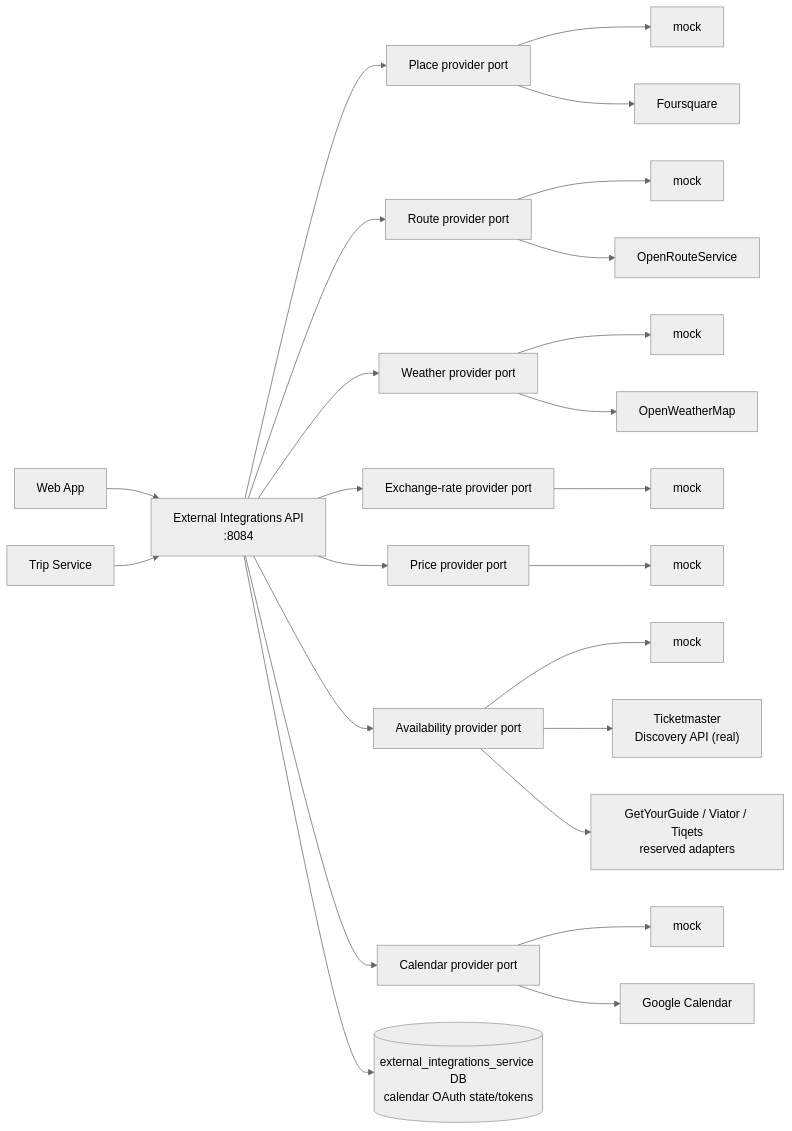
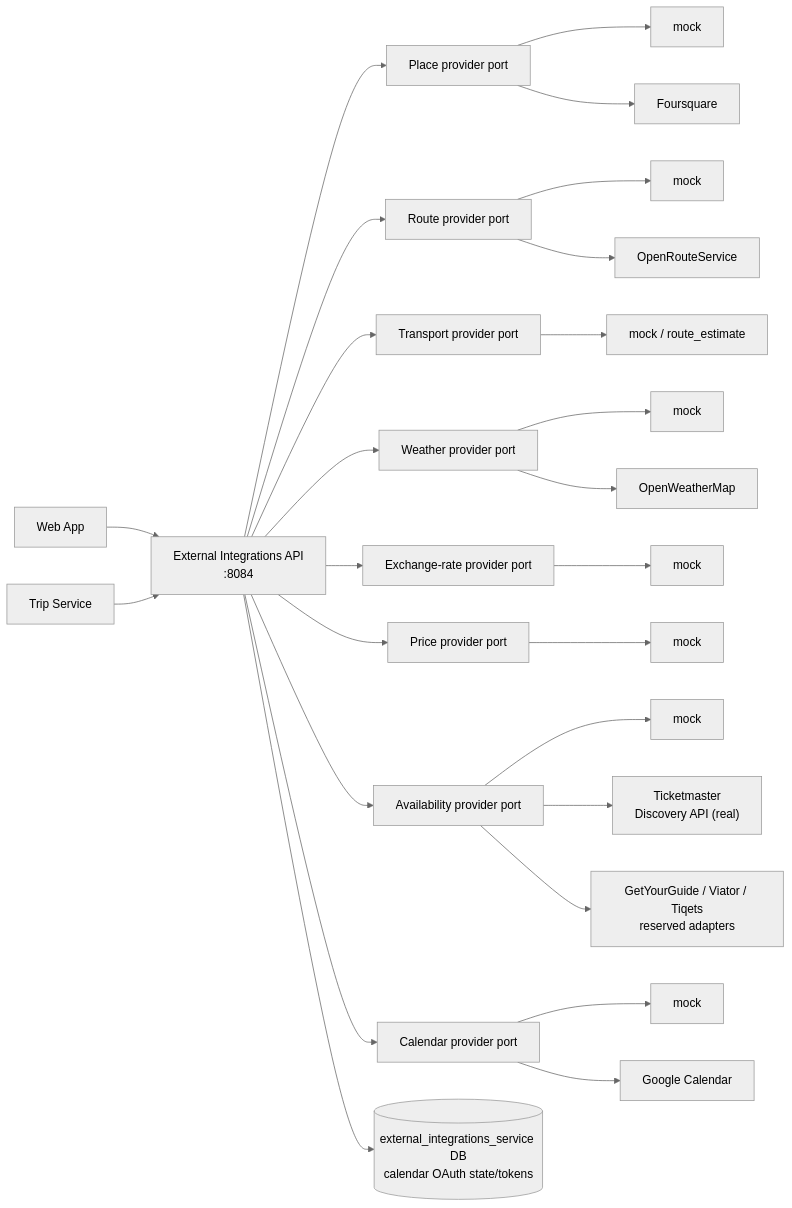
One commit to KovalenkoDima236961/Travel_Ai_App changed the first of 2 diagrams in services/external-integrations-service/README.md. Above: the diagram before and after it, drawn with Mermaid (neutral theme). The commit also changed other lines of this file and 78 other files, not shown here.

````diff
--- a/services/external-integrations-service/README.md
+++ b/services/external-integrations-service/README.md
@@ -13,29 +13,31 @@
 ```mermaid
 flowchart LR
     Web["Web App"] --> API["External Integrations API<br/>:8084"]
     Trip["Trip Service"] --> API
 
     API --> Places["Place provider port"]
     API --> Routes["Route provider port"]
+    API --> Transport["Transport provider port"]
     API --> Weather["Weather provider port"]
     API --> Rates["Exchange-rate provider port"]
     API --> Prices["Price provider port"]
     API --> Availability["Availability provider port"]
     API --> Calendar["Calendar provider port"]
 
     Places --> PlacesMock["mock"]
     Places --> Foursquare["Foursquare"]
     Routes --> RouteMock["mock"]
     Routes --> ORS["OpenRouteService"]
+    Transport --> TransportMock["mock / route_estimate"]
     Weather --> WeatherMock["mock"]
     Weather --> OWM["OpenWeatherMap"]
     Rates --> RatesMock["mock"]
     Prices --> PricesMock["mock"]
     Availability --> AvailabilityMock["mock"]
     Availability --> Ticketmaster["Ticketmaster<br/>Discovery API (real)"]
     Availability --> AvailabilityReal["GetYourGuide / Viator / Tiqets<br/>reserved adapters"]
     Calendar --> CalendarMock["mock"]
     Calendar --> Google["Google Calendar"]
 
     API --> DB[("external_integrations_service DB<br/>calendar OAuth state/tokens")]
 ```
````
